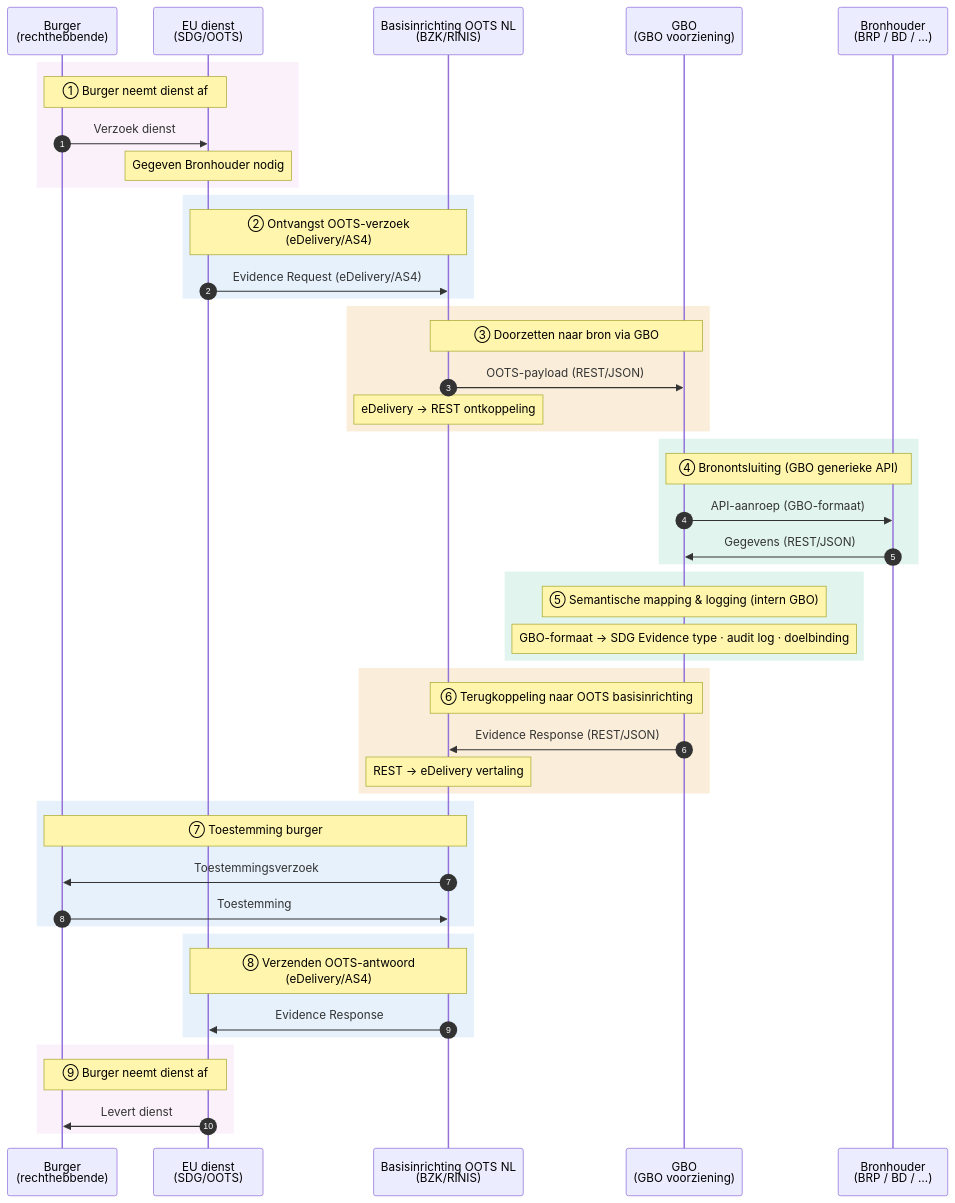
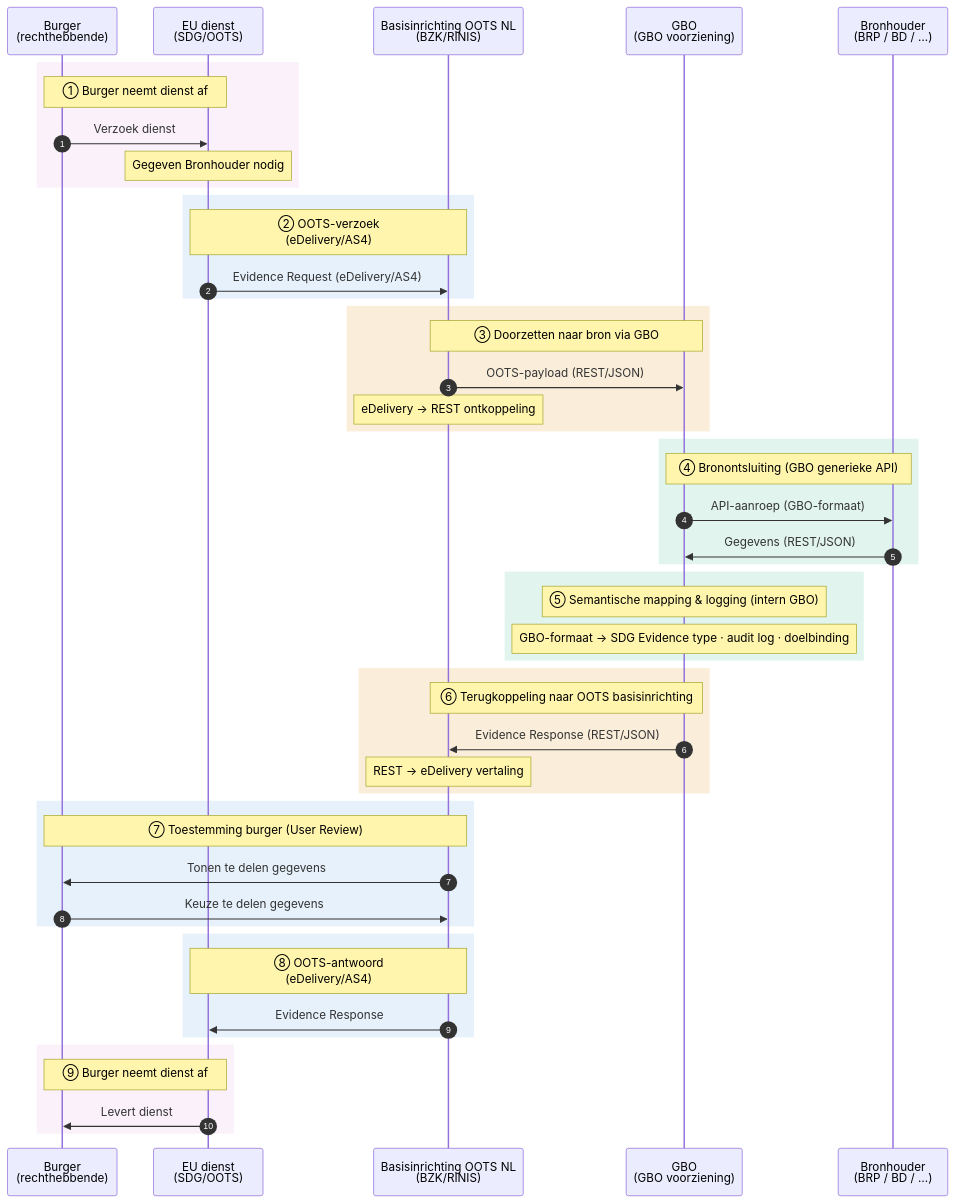
One commit to ICTU/GBO-GO changed the diagram in pr-preview/pr-6/diagrammen/interactiepatroon-SDG-OOTS-verzoek.mmd. Above: the diagram before and after it, drawn with Mermaid. The commit also changed 3 other files, not shown here.

````diff
--- a/pr-preview/pr-6/diagrammen/interactiepatroon-SDG-OOTS-verzoek.mmd
+++ b/pr-preview/pr-6/diagrammen/interactiepatroon-SDG-OOTS-verzoek.mmd
@@ -1,61 +1,61 @@
 ``` mermaid
 
 sequenceDiagram
     autonumber
     participant BRG as Burger<br/>(rechthebbende)
     participant EU as EU dienst<br/>(SDG/OOTS)
     participant RINIS as Basisinrichting OOTS NL<br />(BZK/RINIS)
     participant GBO as GBO<br/>(GBO voorziening)
     participant BRH as Bronhouder<br/>(BRP / BD / …)
 
     rect rgb(250, 241, 251)
         Note over BRG,EU: ① Burger neemt dienst af
         BRG->>EU: Verzoek dienst
         Note over EU: Gegeven Bronhouder nodig
     end
 
     rect rgb(230, 241, 251)
-        Note over EU,RINIS: ② Ontvangst OOTS-verzoek<br />(eDelivery/AS4)
+        Note over EU,RINIS: ② OOTS-verzoek<br />(eDelivery/AS4)
         EU->>RINIS: Evidence Request (eDelivery/AS4)
     end
 
     rect rgb(250, 238, 218)
         Note over RINIS,GBO: ③ Doorzetten naar bron via GBO
         RINIS->>GBO: OOTS-payload (REST/JSON)
         Note over RINIS: eDelivery → REST ontkoppeling
     end
 
     rect rgb(225, 245, 238)
         Note over GBO,BRH: ④ Bronontsluiting (GBO generieke API)
         GBO->>BRH: API-aanroep (GBO-formaat)
         BRH->>GBO: Gegevens (REST/JSON)
     end
 
     rect rgb(225, 245, 238)
         Note over GBO: ⑤ Semantische mapping & logging (intern GBO)
         Note over GBO: GBO-formaat → SDG Evidence type · audit log · doelbinding
     end
 
     rect rgb(250, 238, 218)
         Note over GBO,RINIS: ⑥ Terugkoppeling naar OOTS basisinrichting
         GBO->>RINIS: Evidence Response (REST/JSON)
         Note over RINIS: REST → eDelivery vertaling
     end
 
     rect rgb(230, 241, 251)
-        Note over RINIS,BRG: ⑦ Toestemming burger
-        RINIS->>BRG: Toestemmingsverzoek
-        BRG->>RINIS: Toestemming
+        Note over RINIS,BRG: ⑦ Toestemming burger (User Review)
+        RINIS->>BRG: Tonen te delen gegevens
+        BRG->>RINIS: Keuze te delen gegevens
     end
 
     rect rgb(230, 241, 251)
-        Note over EU,RINIS: ⑧ Verzenden OOTS-antwoord<br />(eDelivery/AS4)
+        Note over EU,RINIS: ⑧ OOTS-antwoord<br />(eDelivery/AS4)
         RINIS->>EU: Evidence Response
     end
 
     rect rgb(250, 241, 251)
         Note over BRG,EU: ⑨ Burger neemt dienst af
         EU->>BRG: Levert dienst
     end
 
 ```
````
